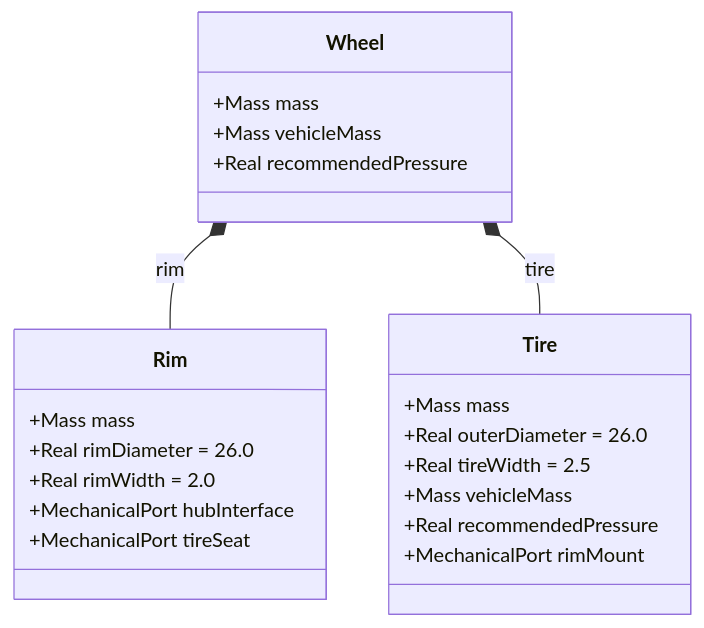
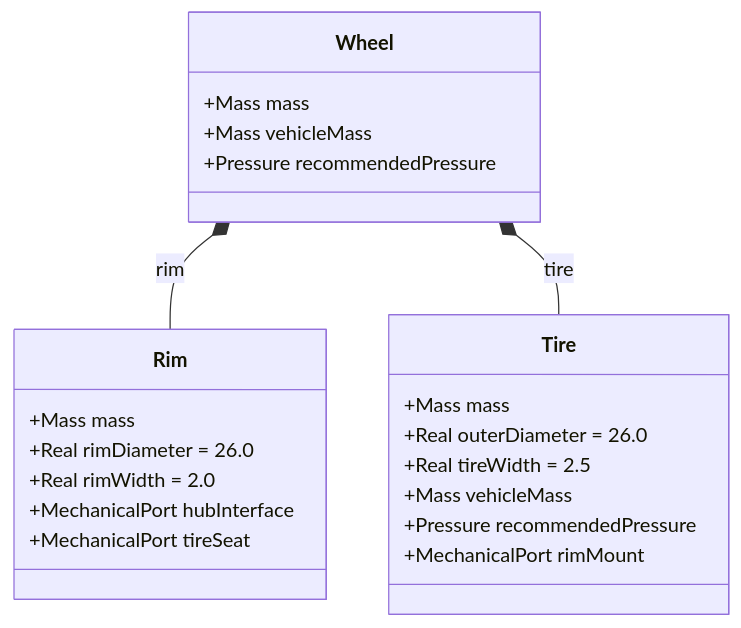
One commit to pprguez2005-byte/Coche-sysml- changed the first of 2 diagrams in Modelos/05_rueda_descripcion.md. Above: the diagram before and after it, drawn with Mermaid. The commit also changed other lines of this file and 9 other files, not shown here.

````diff
--- a/Modelos/05_rueda_descripcion.md
+++ b/Modelos/05_rueda_descripcion.md
@@ -63,25 +73,25 @@
 ```mermaid
 classDiagram
     class Wheel {
         +Mass mass
         +Mass vehicleMass
-        +Real recommendedPressure
+        +Pressure recommendedPressure
     }
     class Rim {
         +Mass mass
         +Real rimDiameter = 26.0
         +Real rimWidth = 2.0
         +MechanicalPort hubInterface
         +MechanicalPort tireSeat
     }
     class Tire {
         +Mass mass
         +Real outerDiameter = 26.0
         +Real tireWidth = 2.5
         +Mass vehicleMass
-        +Real recommendedPressure
+        +Pressure recommendedPressure
         +MechanicalPort rimMount
     }
     Wheel *-- Rim : rim
     Wheel *-- Tire : tire
 ```
````
